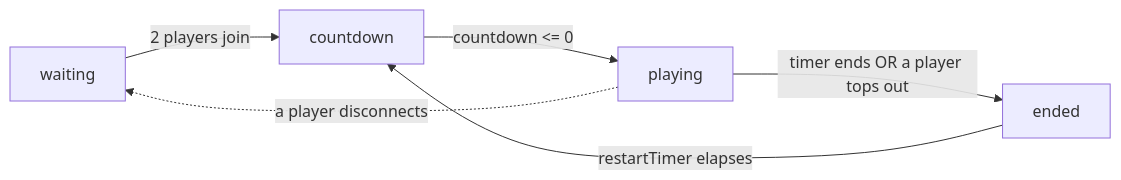
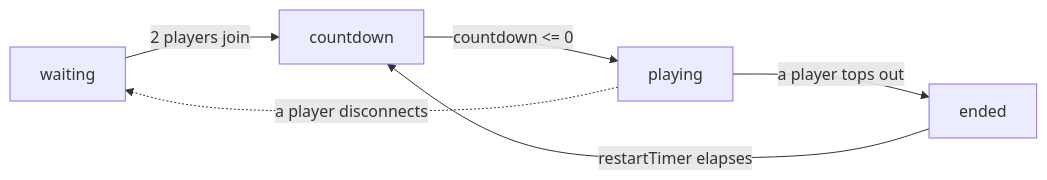
One commit to KGonzalezASC/shape-showdown changed the diagram in BubbleBlitzersCompendium/codebase-navigation.md. Above: the diagram before and after it, drawn with Mermaid. The commit also changed 40 other files, not shown here.

````diff
--- a/BubbleBlitzersCompendium/codebase-navigation.md
+++ b/BubbleBlitzersCompendium/codebase-navigation.md
@@ -43,8 +43,8 @@
 ```mermaid
 flowchart LR
   waiting -->|2 players join| countdown
   countdown -->|countdown <= 0| playing
-  playing -->|timer ends OR a player tops out| ended
+  playing -->|a player tops out| ended
   ended -->|restartTimer elapses| countdown
   playing -.->|a player disconnects| waiting
 ```
````
